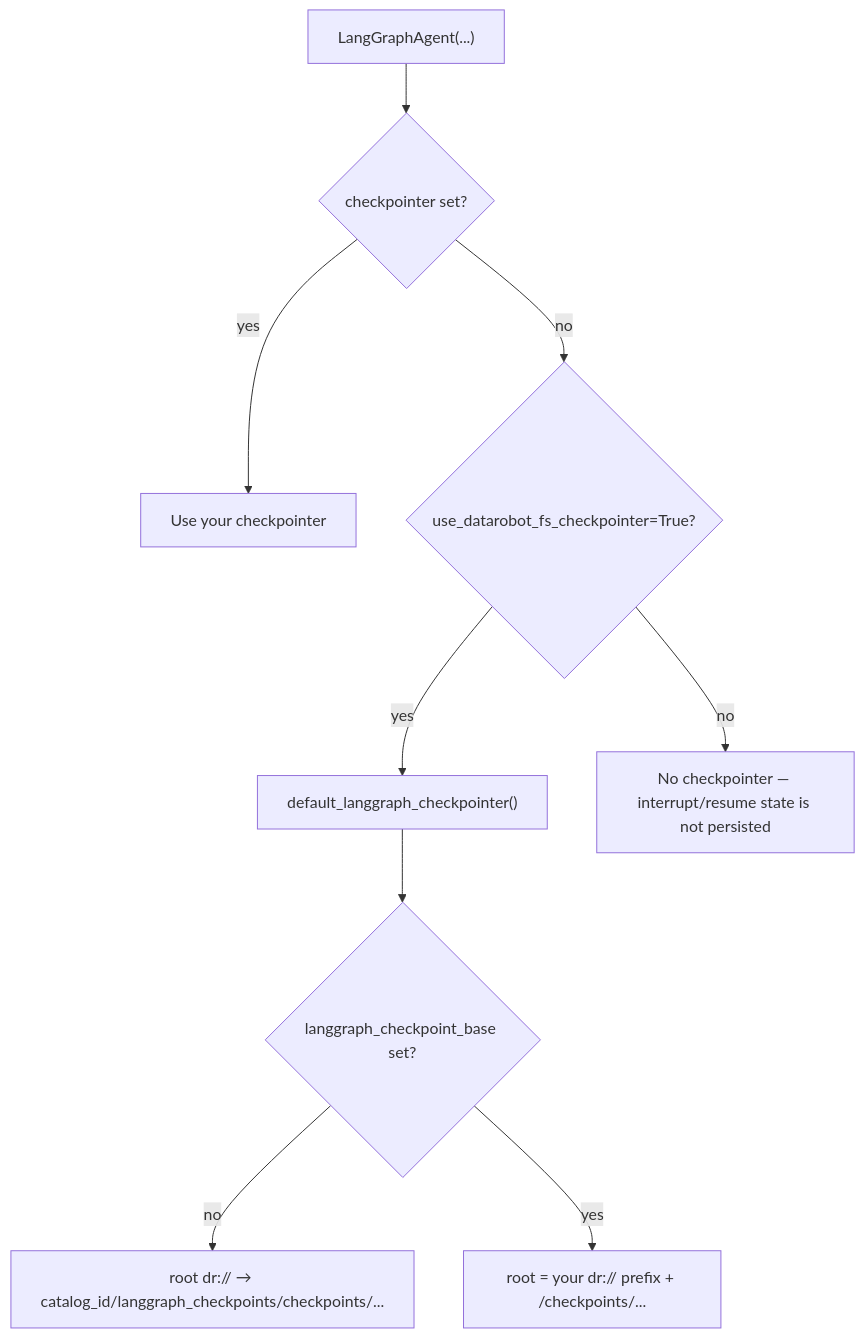
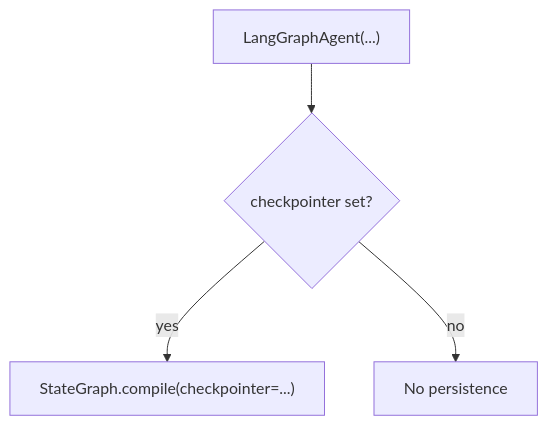
One commit to datarobot-oss/datarobot-genai changed the first of 2 diagrams in docs/langgraph/hitl.md. Above: the diagram before and after it, drawn with Mermaid. The commit also changed other lines of this file and 2 other files, not shown here.

Commit message:
removeing use_datarobot_fs_checkpointer

````diff
--- a/docs/langgraph/hitl.md
+++ b/docs/langgraph/hitl.md
@@ -29,11 +29,6 @@
 ```mermaid
 flowchart TD
     A["LangGraphAgent(...)"] --> B{"checkpointer set?"}
-    B -->|yes| C["Use your checkpointer"]
-    B -->|no| D{"use_datarobot_fs_checkpointer=True?"}
-    D -->|yes| E["default_langgraph_checkpointer()"]
-    D -->|no| F["No checkpointer — interrupt/resume state is not persisted"]
-    E --> G{"langgraph_checkpoint_base set?"}
-    G -->|no| H["root dr:// → catalog_id/langgraph_checkpoints/checkpoints/..."]
-    G -->|yes| I["root = your dr:// prefix + /checkpoints/..."]
+    B -->|yes| C["StateGraph.compile(checkpointer=...)"]
+    B -->|no| D["No persistence"]
 ```
````
